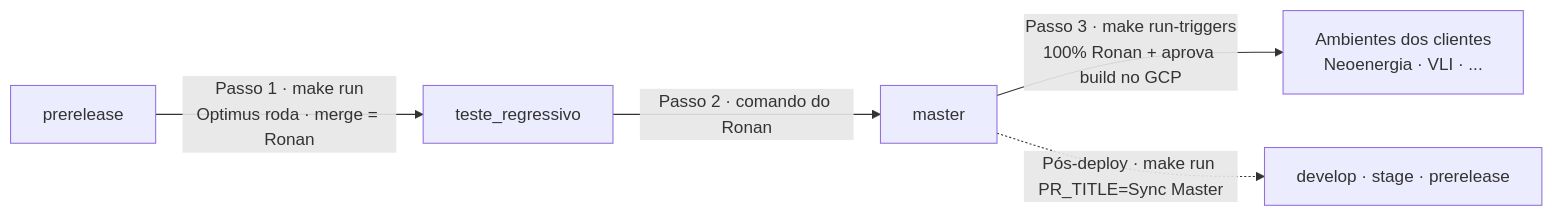
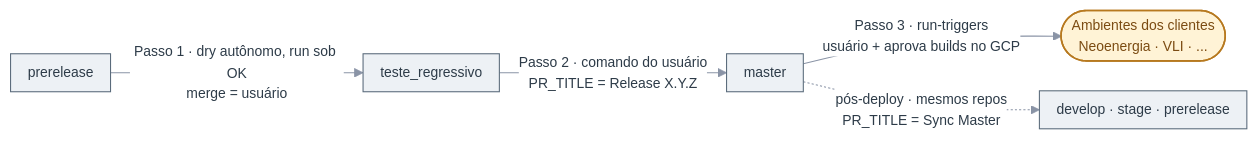
One commit to BertoRcsb/workflow-automation-management changed the diagram in docs/diagramas/08-promocao-branches.mmd. Above: the diagram before and after it, drawn with Mermaid. The commit also changed 57 other files, not shown here.

First line of the commit message:
docs: replace approver name with 'usuário' and restyle all diagrams

```diff
--- a/docs/diagramas/08-promocao-branches.mmd
+++ b/docs/diagramas/08-promocao-branches.mmd
@@ -1,5 +1,11 @@
+%%{init: {"theme":"base","themeVariables":{"fontFamily":"Segoe UI, Helvetica, Arial, sans-serif","fontSize":"13px","lineColor":"#8A94A6","primaryColor":"#EDF1F5","primaryBorderColor":"#5A6B7B","primaryTextColor":"#2D3B48","clusterBkg":"#FAFBFC","clusterBorder":"#D5DBE3","edgeLabelBackground":"#FFFFFF"},"flowchart":{"curve":"basis","nodeSpacing":28,"rankSpacing":36,"padding":8}}}%%
 flowchart LR
-    PR["prerelease"] -->|"Passo 1 · make run<br>Optimus roda · merge = Ronan"| TR["teste_regressivo"]
-    TR -->|"Passo 2 · comando do Ronan"| MA["master"]
-    MA -->|"Passo 3 · make run-triggers<br>100% Ronan + aprova build no GCP"| CL["Ambientes dos clientes<br>Neoenergia · VLI · ..."]
-    MA -.->|"Pós-deploy · make run PR_TITLE=Sync Master"| DV["develop · stage · prerelease"]
+    PR["prerelease"]:::io -->|"Passo 1 · dry autônomo, run sob OK<br>merge = usuário"| TR["teste_regressivo"]:::io
+    TR -->|"Passo 2 · comando do usuário<br>PR_TITLE = Release X.Y.Z"| MA["master"]:::io
+    MA -->|"Passo 3 · run-triggers<br>usuário + aprova builds no GCP"| CL(["Ambientes dos clientes<br>Neoenergia · VLI · ..."]):::humano
+    MA -.->|"pós-deploy · mesmos repos<br>PR_TITLE = Sync Master"| DV["develop · stage · prerelease"]:::io
+    classDef humano fill:#FFF3D6,stroke:#B7791F,color:#7B4B12,stroke-width:1.5px
+    classDef llm fill:#E8ECFB,stroke:#4C5FD5,color:#2A3577
+    classDef det fill:#DDF3E7,stroke:#2F855A,color:#1C4532
+    classDef io fill:#EDF1F5,stroke:#5A6B7B,color:#2D3B48
+    classDef alerta fill:#FBE1E1,stroke:#C53030,color:#742A2A
```
